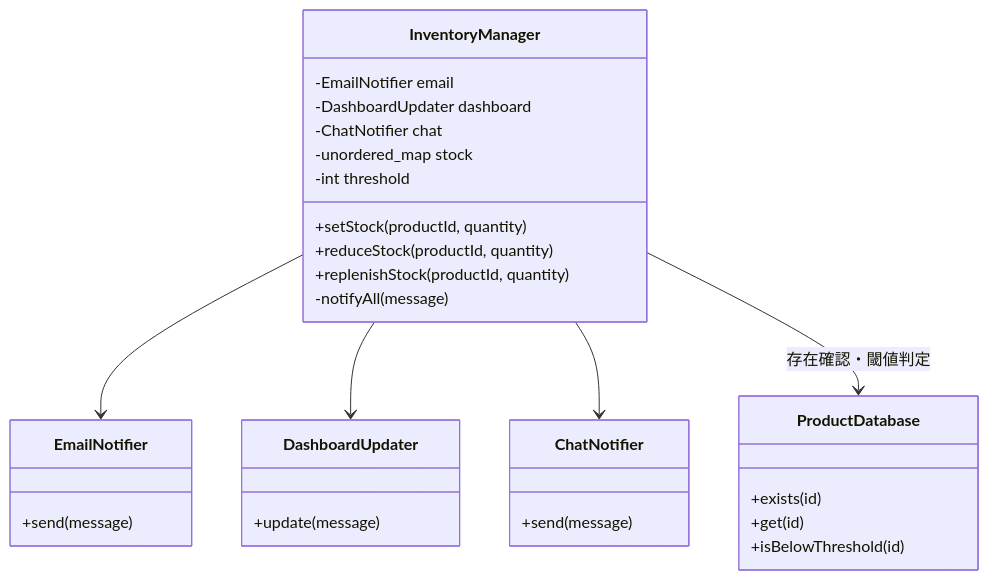
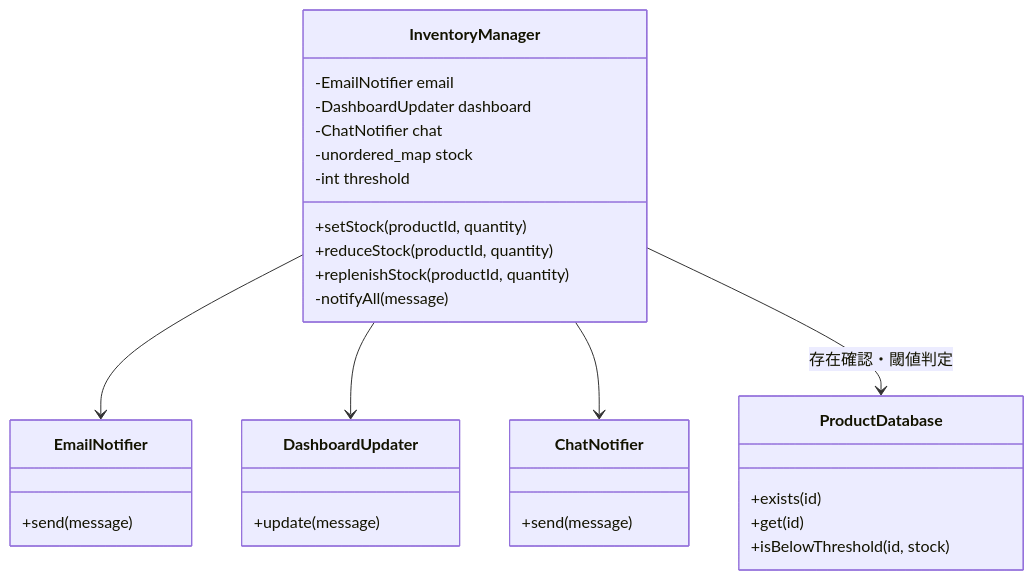
Before and after one commit to kumachan1101-pixel/DesignPattern: the third of 10 diagrams in kindle/design-patterns/output/chapter07.md, drawn with Mermaid. The commit also changed other lines of this file, not shown here.

````diff
--- a/kindle/design-patterns/output/chapter07.md
+++ b/kindle/design-patterns/output/chapter07.md
@@ -173,33 +174,33 @@
 ```mermaid
 classDiagram
     class InventoryManager {
         -EmailNotifier email
         -DashboardUpdater dashboard
         -ChatNotifier chat
         -unordered_map stock
         -int threshold
         +setStock(productId, quantity)
         +reduceStock(productId, quantity)
         +replenishStock(productId, quantity)
         -notifyAll(message)
     }
     class EmailNotifier {
         +send(message)
     }
     class DashboardUpdater {
         +update(message)
     }
     class ChatNotifier {
         +send(message)
     }
     class ProductDatabase {
         +exists(id)
         +get(id)
-        +isBelowThreshold(id)
+        +isBelowThreshold(id, stock)
     }
     InventoryManager --> EmailNotifier
     InventoryManager --> DashboardUpdater
     InventoryManager --> ChatNotifier
     InventoryManager --> ProductDatabase : 存在確認・閾値判定
 
 ```
````
